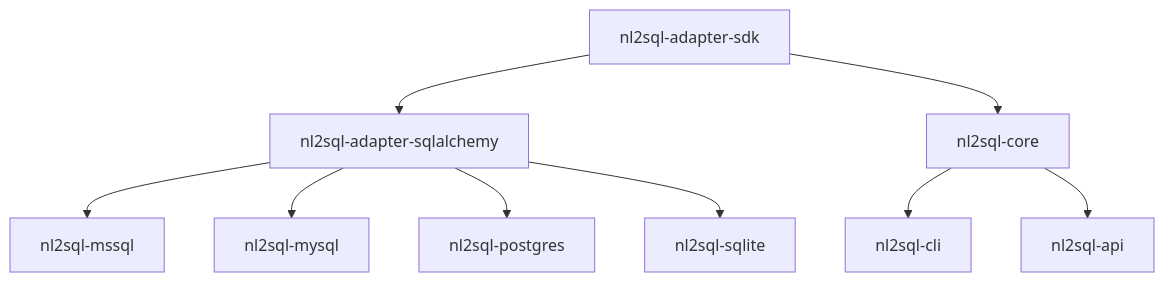
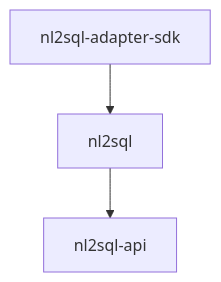
One commit to nadeem4/nl2sql changed the diagram in docs/development/releasing.md. Above: the diagram before and after it, drawn with Mermaid. The commit also changed other lines of this file and 63 other files, not shown here.

````diff
--- a/docs/development/releasing.md
+++ b/docs/development/releasing.md
@@ -64,11 +48,5 @@
 ```mermaid
 flowchart TD
-    SDK[nl2sql-adapter-sdk] --> SQLA[nl2sql-adapter-sqlalchemy]
-    SDK --> CORE[nl2sql-core]
-    SQLA --> MSSQL[nl2sql-mssql]
-    SQLA --> MYSQL[nl2sql-mysql]
-    SQLA --> PG[nl2sql-postgres]
-    SQLA --> SQLITE[nl2sql-sqlite]
-    CORE --> CLI[nl2sql-cli]
+    SDK[nl2sql-adapter-sdk] --> CORE[nl2sql]
     CORE --> API[nl2sql-api]
 ```
````
